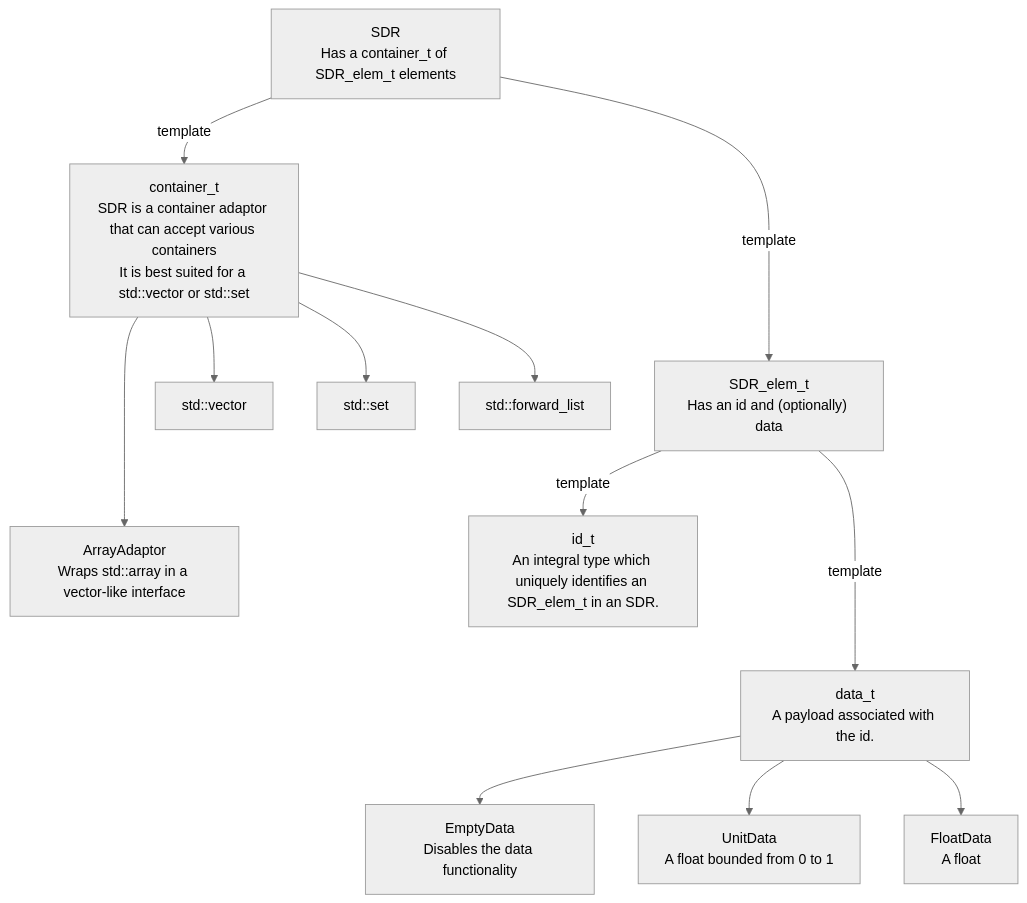
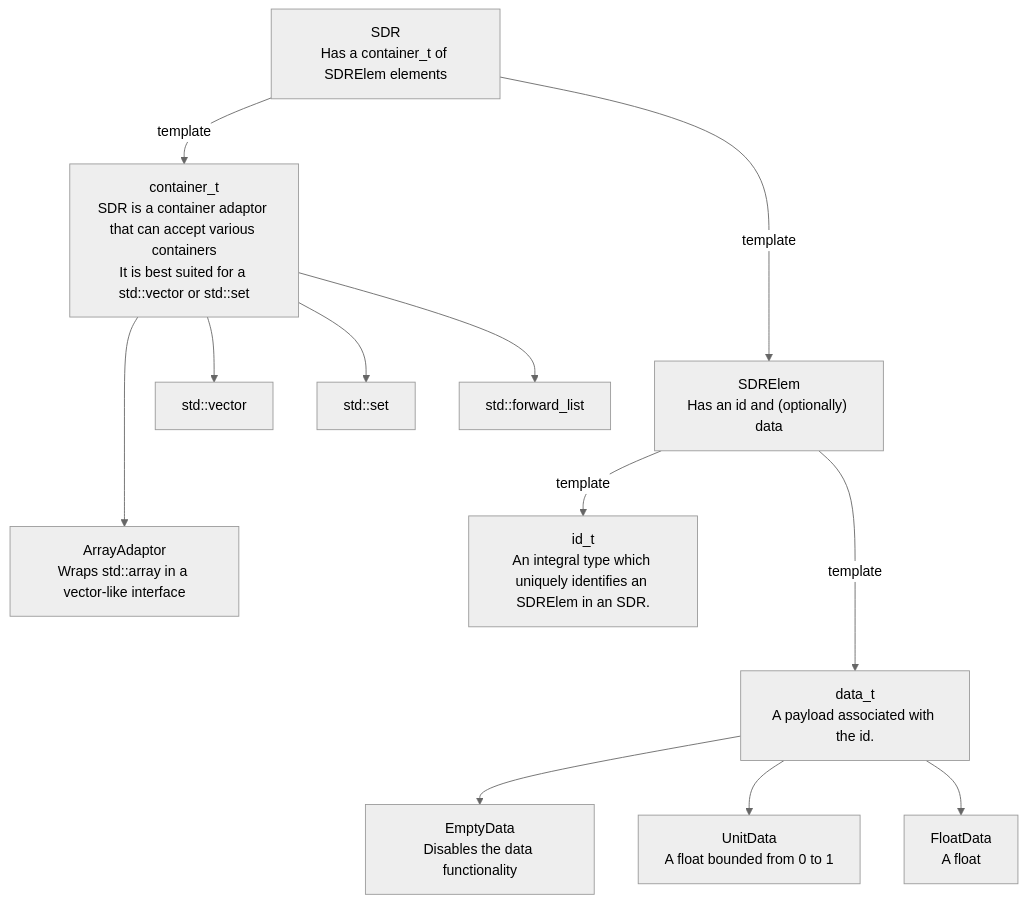
The diagram in README.md (jagprog5/SDR), drawn with Mermaid (neutral theme) before and after one commit. The commit also changed other lines of this file and 8 other files, not shown here.

````diff
--- a/README.md
+++ b/README.md
@@ -90,28 +90,28 @@
 ```mermaid
 flowchart TB
-    SDR["SDR\nHas a container_t of SDR_elem_t elements"]
-    SDR_elem_t["SDR_elem_t\nHas an id and (optionally) data"]
+    SDR["SDR\nHas a container_t of SDRElem elements"]
+    SDRElem["SDRElem\nHas an id and (optionally) data"]
     container_t["container_t\nSDR is a container adaptor that can accept various containers\nIt is best suited for a std::vector or std::set"]
     ArrayAdaptor["ArrayAdaptor\nWraps std::array in a vector-like interface"]
     EmptyData["EmptyData\nDisables the data functionality"]
     UnitData["UnitData\nA float bounded from 0 to 1"]
     FloatData["FloatData\nA float"]
-    id_t["id_t\nAn integral type which uniquely identifies an SDR_elem_t in an SDR."]
+    id_t["id_t\nAn integral type which uniquely identifies an SDRElem in an SDR."]
     data_t["data_t\nA payload associated with the id."]
 
-    SDR--template--->SDR_elem_t
+    SDR--template--->SDRElem
     SDR--template-->container_t
     container_t-->std::vector
     container_t-->std::set
     container_t-->std::forward_list
     container_t--->ArrayAdaptor
 
-    SDR_elem_t--template-->id_t
-    SDR_elem_t--template--->data_t
+    SDRElem--template-->id_t
+    SDRElem--template--->data_t
 
     data_t-->EmptyData
     data_t-->UnitData
     data_t-->FloatData
 
 
 ```
````
